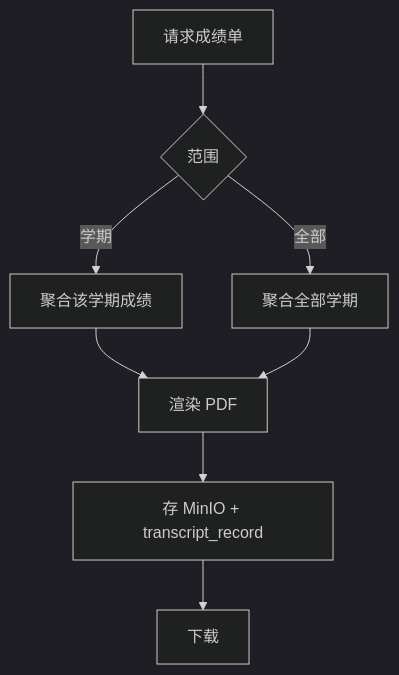
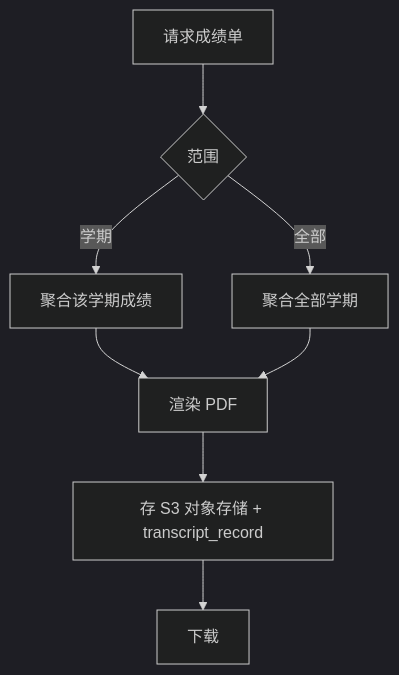
Before and after one commit to menghuishisan/CHAIMIR: the fifth of 6 diagrams in docs/11-成绩中心/04-业务流程与状态机.md, drawn with Mermaid (dark theme). The commit also changed 117 other files, not shown here.

````diff
--- a/docs/11-成绩中心/04-业务流程与状态机.md
+++ b/docs/11-成绩中心/04-业务流程与状态机.md
@@ -77,10 +77,10 @@
 ```mermaid
 flowchart TD
     A[请求成绩单] --> B{范围}
     B -->|学期| C[聚合该学期成绩]
     B -->|全部| D[聚合全部学期]
     C --> E[渲染 PDF]
     D --> E
-    E --> F[存 MinIO + transcript_record]
+    E --> F[存 S3 对象存储 + transcript_record]
     F --> G[下载]
 ```
````
